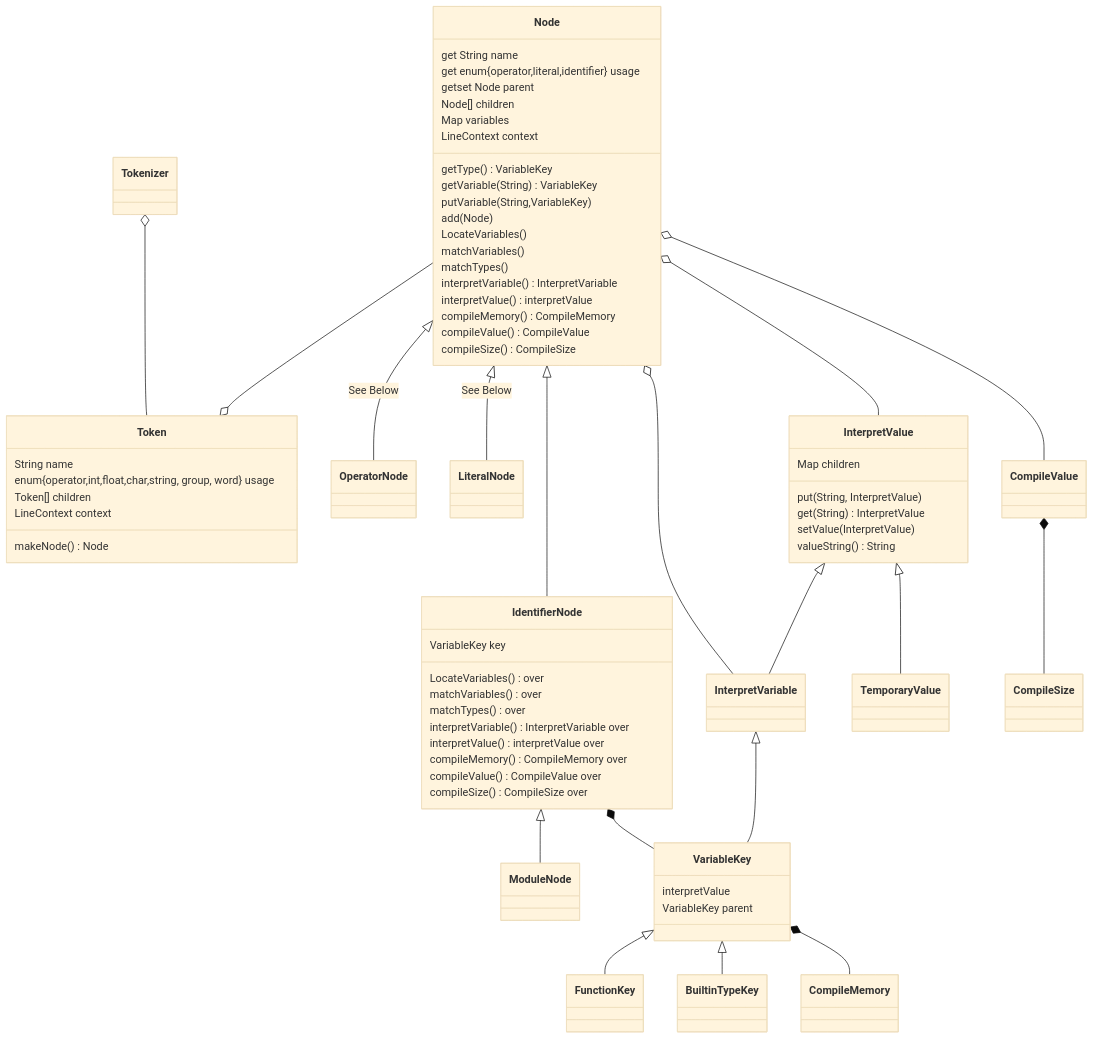
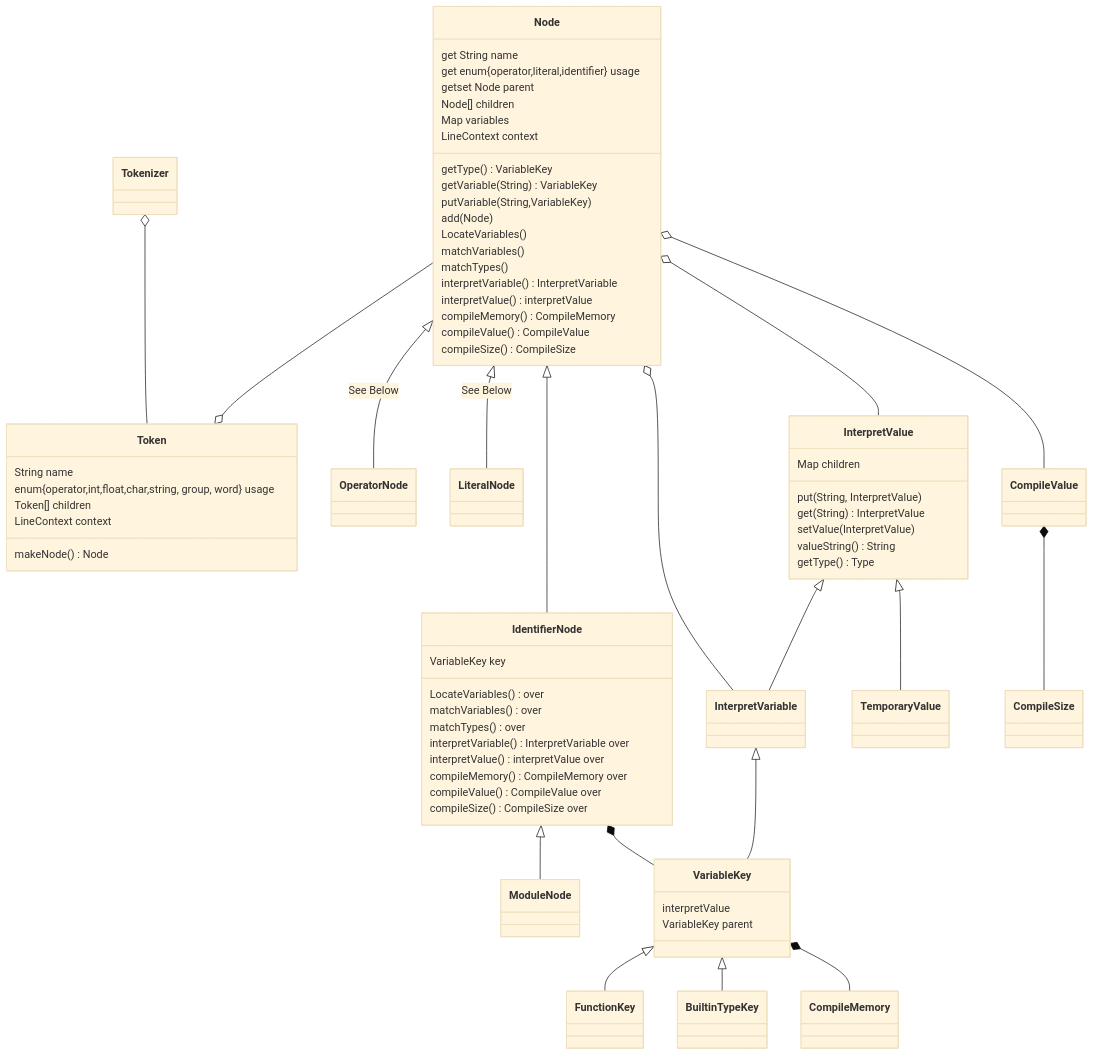
The second of 5 diagrams in Implementation.md (Jzhyang1/Monomer), drawn with Mermaid (base theme) before and after one commit. The commit also changed other lines of this file, not shown here.

````diff
--- a/Implementation.md
+++ b/Implementation.md
@@ -76,65 +76,66 @@
 ```mermaid
 classDiagram
 Tokenizer o-- Token
 Node --o Token
 
 Node <|-- OperatorNode: See Below
 Node <|-- LiteralNode: See Below
 Node <|-- IdentifierNode
 Node o-- InterpretVariable
 Node o-- InterpretValue
 IdentifierNode <|-- ModuleNode
 IdentifierNode *-- VariableKey
 VariableKey <|-- FunctionKey
 VariableKey <|-- BuiltinTypeKey
 VariableKey *-- CompileMemory
 InterpretValue <|-- InterpretVariable
 InterpretValue <|-- TemporaryValue
 InterpretVariable <|-- VariableKey
 CompileValue *-- CompileSize
 Node o-- CompileValue
 
 Token: String name
 Token: enum{operator,int,float,char,string, group, word} usage
 Token: Token[] children
 Token: LineContext context
 Token: makeNode() Node
 
 Node: get String name
 Node: get enum{operator,literal,identifier} usage
 Node: getset Node parent
 Node: Node[] children
 Node: Map<String, VariableKey> variables
 Node: LineContext context
 Node: getType() VariableKey
 Node: getVariable(String) VariableKey
 Node: putVariable(String,VariableKey)
 Node: add(Node)
 Node: LocateVariables()
 Node: matchVariables()
 Node: matchTypes()
 Node: interpretVariable() InterpretVariable
 Node: interpretValue() interpretValue
 Node: compileMemory() CompileMemory
 Node: compileValue() CompileValue
 Node: compileSize() CompileSize
 
 IdentifierNode: VariableKey key
 IdentifierNode: LocateVariables() over
 IdentifierNode: matchVariables() over
 IdentifierNode: matchTypes() over
 IdentifierNode: interpretVariable() InterpretVariable over
 IdentifierNode: interpretValue() interpretValue over
 IdentifierNode: compileMemory() CompileMemory over
 IdentifierNode: compileValue() CompileValue over
 IdentifierNode: compileSize() CompileSize over
 
 InterpretValue: Map<String, InterpretValue> children
 InterpretValue: put(String, InterpretValue)
 InterpretValue: get(String) InterpretValue
 InterpretValue: setValue(InterpretValue)
 InterpretValue: valueString() String
+InterpretValue: getType() Type
 
 VariableKey: interpretValue
 VariableKey: VariableKey parent
 ```
````
